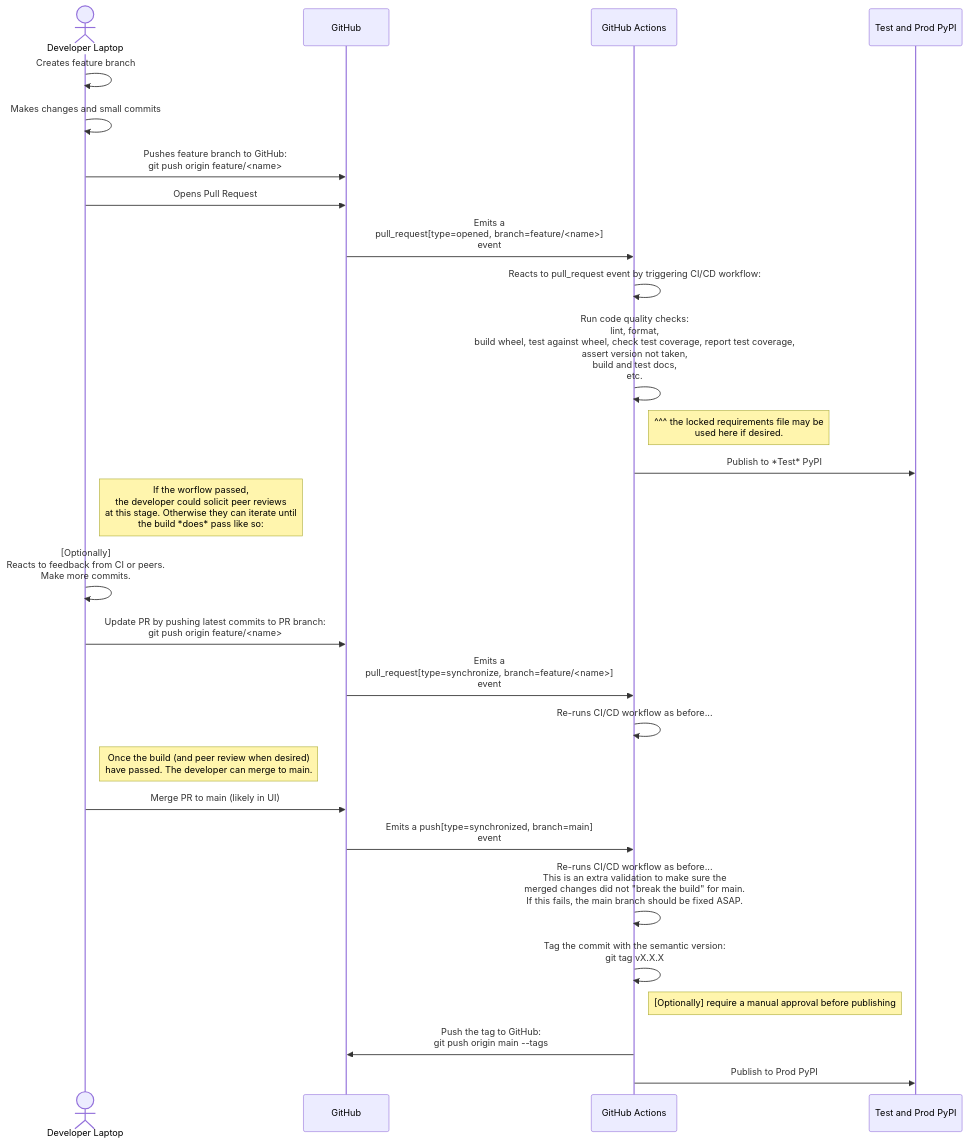
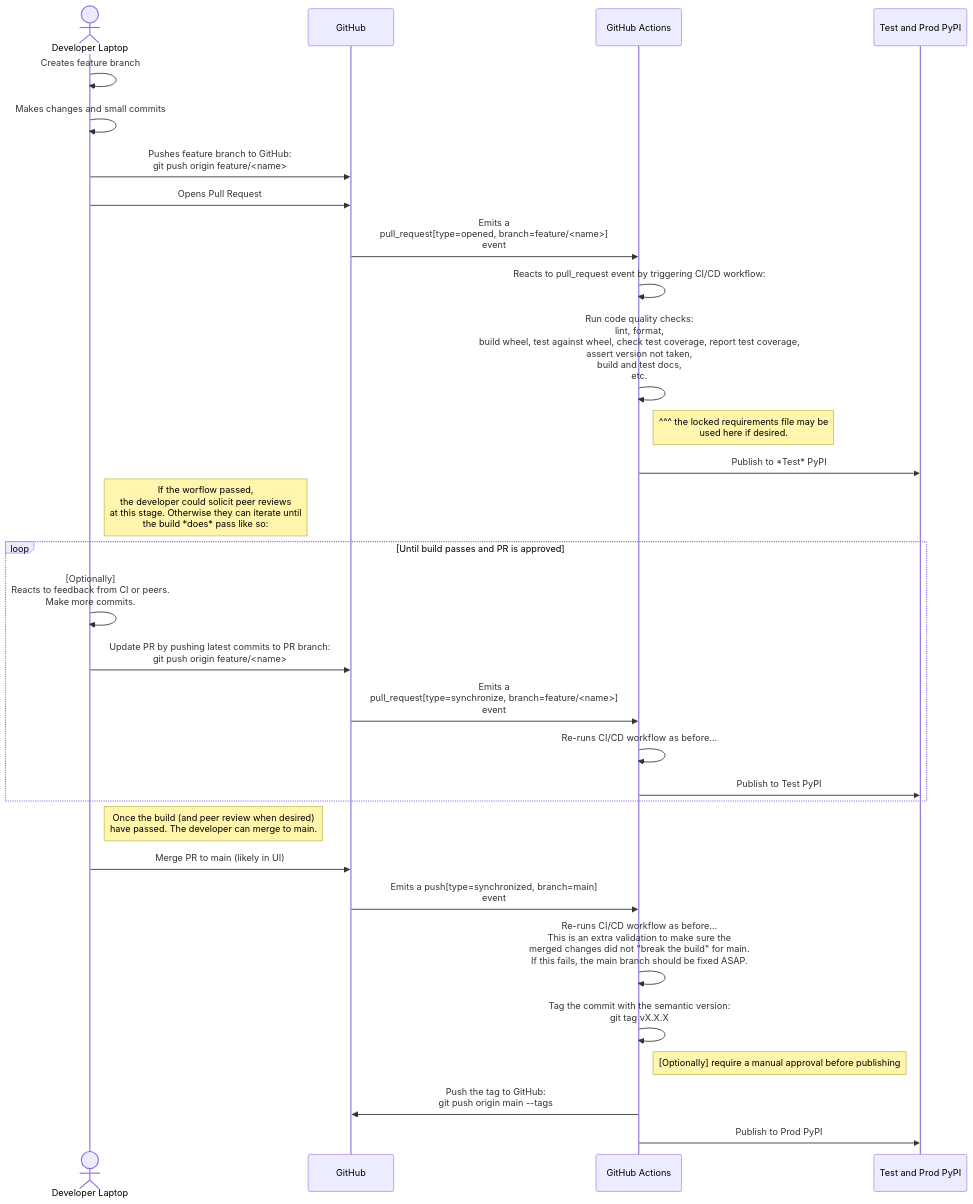
Before and after one commit to phitoduck/packaging-demo: the third of 3 diagrams in GITHUB_ACTIONS.md, drawn with Mermaid. The commit also changed other lines of this file and 3 other files, not shown here.

````diff
--- a/GITHUB_ACTIONS.md
+++ b/GITHUB_ACTIONS.md
@@ -32,41 +47,47 @@
 ```mermaid
 sequenceDiagram
     actor Developer Laptop
     participant GitHub
     participant GitHub Actions
     participant Test and Prod PyPI
 
     Developer Laptop->>Developer Laptop: Creates feature branch
+
     Developer Laptop->>Developer Laptop: Makes changes and small commits
+
     Developer Laptop->>GitHub: Pushes feature branch to GitHub: <br/> git push origin feature/<name>
 
     Developer Laptop->>GitHub: Opens Pull Request
 
     GitHub->>GitHub Actions: Emits a <br/>pull_request[type=opened, branch=feature/<name>] <br/>event
     
     GitHub Actions->>GitHub Actions: Reacts to pull_request event by triggering CI/CD workflow:
 
     GitHub Actions->>GitHub Actions: Run code quality checks: <br/>lint, format, <br/>build wheel, test against wheel, check test coverage, report test coverage,<br/> assert version not taken, <br/>build and test docs, <br/>etc.
+
     Note right of GitHub Actions: ^^^ the locked requirements file may be <br/>used here if desired.
     GitHub Actions->>Test and Prod PyPI: Publish to *Test* PyPI
 
     Note right of Developer Laptop: If the worflow passed, <br/> the developer could solicit peer reviews <br/> at this stage. Otherwise they can iterate until <br/> the build *does* pass like so:
 
-    Developer Laptop->>Developer Laptop: [Optionally]<br/> Reacts to feedback from CI or peers. <br/>Make more commits.
+    loop Until build passes and PR is approved
+        Developer Laptop->>Developer Laptop: [Optionally]<br/> Reacts to feedback from CI or peers. <br/>Make more commits.
 
-    Developer Laptop->>GitHub: Update PR by pushing latest commits to PR branch:<br/> git push origin feature/<name>
+        Developer Laptop->>GitHub: Update PR by pushing latest commits to PR branch:<br/> git push origin feature/<name>
 
-    GitHub->>GitHub Actions: Emits a<br/> pull_request[type=synchronize, branch=feature/<name>] <br/>event
-    GitHub Actions->>GitHub Actions: Re-runs CI/CD workflow as before...
+        GitHub->>GitHub Actions: Emits a<br/> pull_request[type=synchronize, branch=feature/<name>] <br/>event
+        GitHub Actions->>GitHub Actions: Re-runs CI/CD workflow as before...
+        GitHub Actions->>Test and Prod PyPI: Publish to Test PyPI
+    end
 
     Note right of Developer Laptop: Once the build (and peer review when desired) <br/>have passed. The developer can merge to main.
 
     Developer Laptop->>GitHub: Merge PR to main (likely in UI)
     GitHub->>GitHub Actions: Emits a push[type=synchronized, branch=main]<br/> event
     GitHub Actions->>GitHub Actions: Re-runs CI/CD workflow as before...<br/> This is an extra validation to make sure the <br/>merged changes did not "break the build" for main. <br/>If this fails, the main branch should be fixed ASAP.
     GitHub Actions->>GitHub Actions: Tag the commit with the semantic version:<br/> git tag vX.X.X
     
     Note right of GitHub Actions: [Optionally] require a manual approval before publishing
     GitHub Actions->>GitHub: Push the tag to GitHub:<br/> git push origin main --tags 
     GitHub Actions->>Test and Prod PyPI: Publish to Prod PyPI
 ```
````
